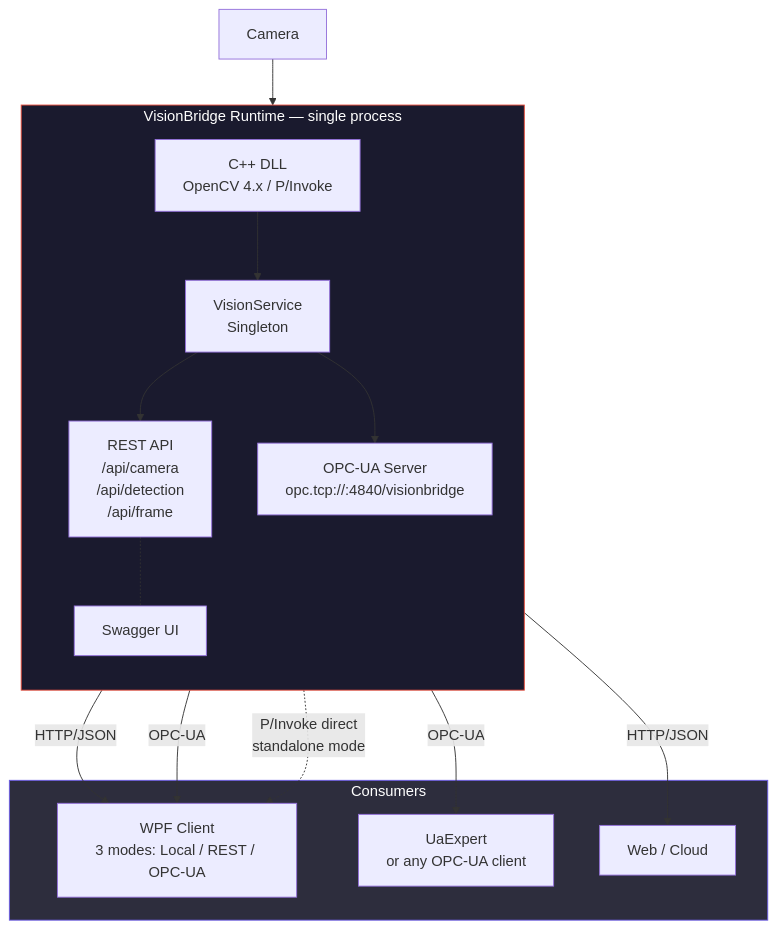
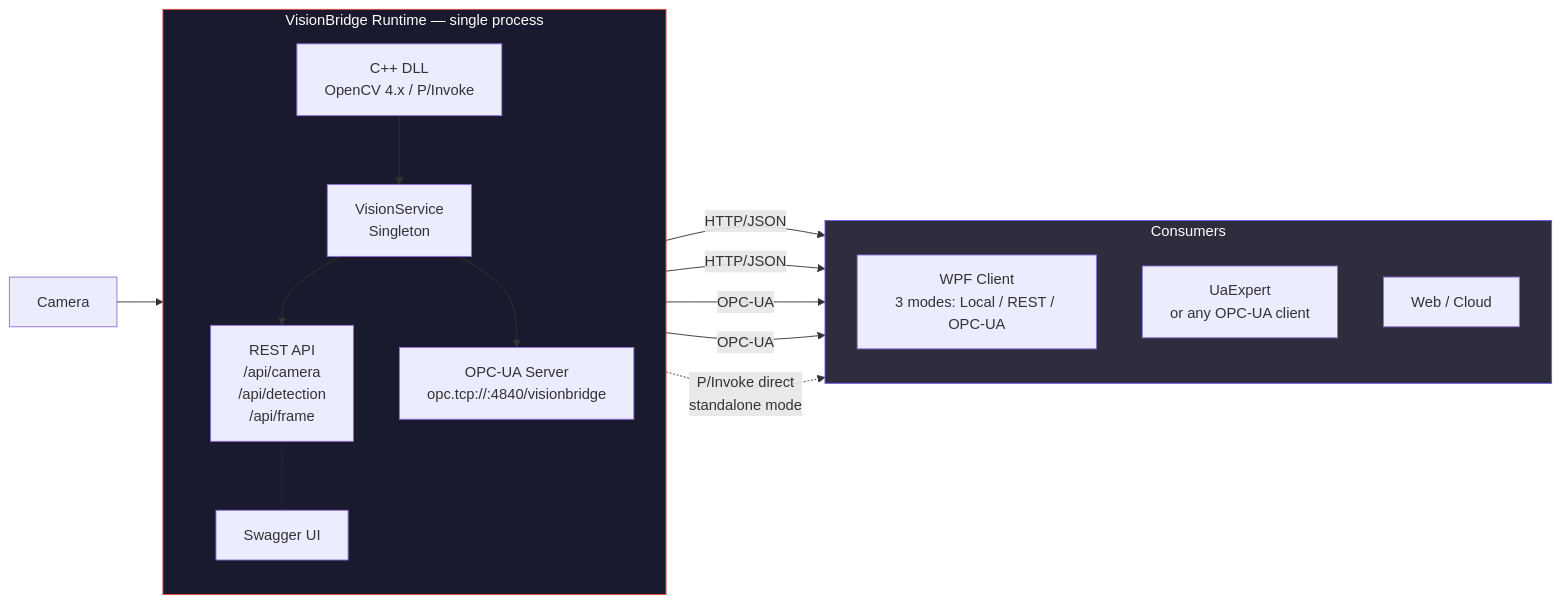
The diagram in README.md (VirgileDjimgou/VisionBridge-CV), drawn with Mermaid before and after one commit. The commit also changed other lines of this file, not shown here.

Commit message:
refactor readme
README: Zeile mit "++" zum Portfolio-Abschnitt hinzugefügt

Eine neue Zeile mit zwei Pluszeichen wurde am Ende des Abschnitts "Part of a personal technical portfolio." in der README.md ergänzt.

````diff
--- a/README.md
+++ b/README.md
@@ -32,34 +32,35 @@
 ```mermaid
-graph TD
+graph LR
     CAM["Camera"]
 
     subgraph RUNTIME ["VisionBridge Runtime — single process"]
         direction TB
         DLL["C++ DLL\nOpenCV 4.x / P/Invoke"]
         SVC["VisionService\nSingleton"]
         REST["REST API\n/api/camera\n/api/detection\n/api/frame"]
         OPC["OPC-UA Server\nopc.tcp://:4840/visionbridge"]
         SWAGGER["Swagger UI"]
 
         DLL --> SVC
         SVC --> REST
         SVC --> OPC
         REST -.- SWAGGER
     end
 
     subgraph CLIENTS ["Consumers"]
+        direction TB
         WPF["WPF Client\n3 modes: Local / REST / OPC-UA"]
         UAEXP["UaExpert\nor any OPC-UA client"]
         WEB["Web / Cloud"]
     end
 
     CAM --> DLL
     REST -- "HTTP/JSON" --> WPF
     REST -- "HTTP/JSON" --> WEB
     OPC -- "OPC-UA" --> WPF
     OPC -- "OPC-UA" --> UAEXP
     DLL -. "P/Invoke direct\nstandalone mode" .-> WPF
 
     style RUNTIME fill:#1a1a2e,stroke:#e74c3c,color:#fff
     style CLIENTS fill:#2d2d3d,stroke:#6c5ce7,color:#fff
 ```
````
